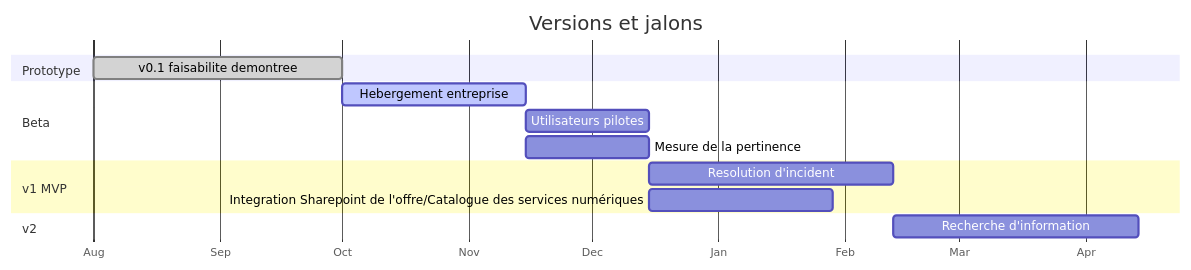
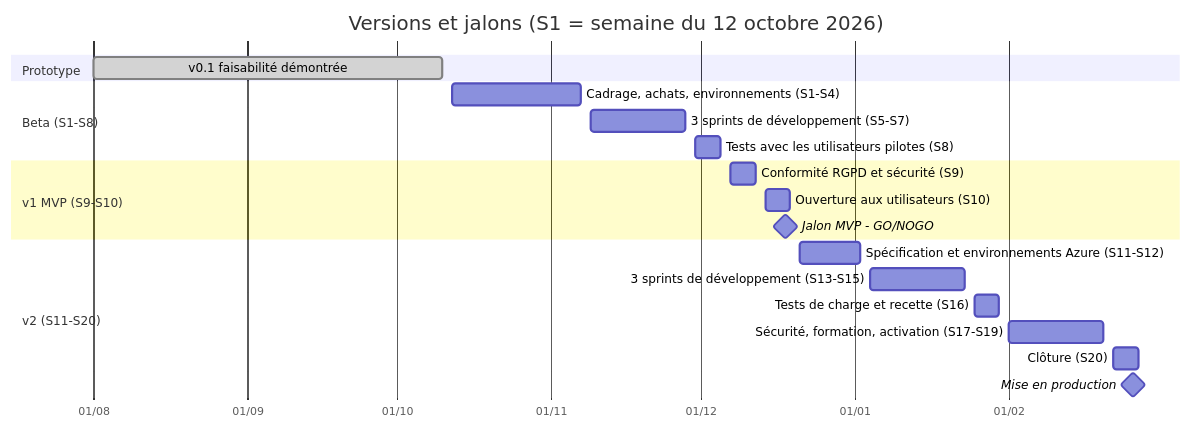
Before and after one commit to margotmc-web/Chatbot_PPV_BC07: the diagram in 08-plan-de-release.md, drawn with Mermaid. The commit also changed other lines of this file and 1 other file, not shown here.

Commit message:
Plan de release : calendrier aligné sur le planning en 20 semaines (S1 = 12 octobre 2026)
Claude-Session: https://claude.ai/code/session_01QXAuWSGkZ3KMfVAcPk6hDW

````diff
--- a/08-plan-de-release.md
+++ b/08-plan-de-release.md
@@ -20,17 +20,23 @@
 ```mermaid
 gantt
-    title Versions et jalons
+    title Versions et jalons (S1 = semaine du 12 octobre 2026)
     dateFormat YYYY-MM-DD
-    axisFormat %b
+    axisFormat %d/%m
     section Prototype
-    v0.1 faisabilite demontree        :done, p1, 2026-08-01, 2026-10-01
-    section Beta
-    Hebergement entreprise            :active, b1, 2026-10-01, 45d
-    Utilisateurs pilotes              :b2, after b1, 30d
-    Mesure de la pertinence           :b3, after b1, 30d
-    section v1 MVP
-    Resolution d'incident             :v1, after b2, 60d
-    Integration Sharepoint de l'offre/Catalogue des services numériques                 :v1b, after b2, 45d
-    section v2
-    Recherche d'information           :v2, after v1, 60d
+    v0.1 faisabilité démontrée               :done, p1, 2026-08-01, 2026-10-10
+    section Beta (S1-S8)
+    Cadrage, achats, environnements (S1-S4)  :b1, 2026-10-12, 2026-11-07
+    3 sprints de développement (S5-S7)       :b2, 2026-11-09, 2026-11-28
+    Tests avec les utilisateurs pilotes (S8) :b3, 2026-11-30, 2026-12-05
+    section v1 MVP (S9-S10)
+    Conformité RGPD et sécurité (S9)         :v1, 2026-12-07, 2026-12-12
+    Ouverture aux utilisateurs (S10)         :v1b, 2026-12-14, 2026-12-19
+    Jalon MVP - GO/NOGO                      :milestone, m1, 2026-12-18, 0d
+    section v2 (S11-S20)
+    Spécification et environnements Azure (S11-S12) :w1, 2026-12-21, 2027-01-02
+    3 sprints de développement (S13-S15)     :w2, 2027-01-04, 2027-01-23
+    Tests de charge et recette (S16)         :w3, 2027-01-25, 2027-01-30
+    Sécurité, formation, activation (S17-S19):w4, 2027-02-01, 2027-02-20
+    Clôture (S20)                            :w5, 2027-02-22, 2027-02-27
+    Mise en production                       :milestone, m2, 2027-02-26, 0d
 ```
````
